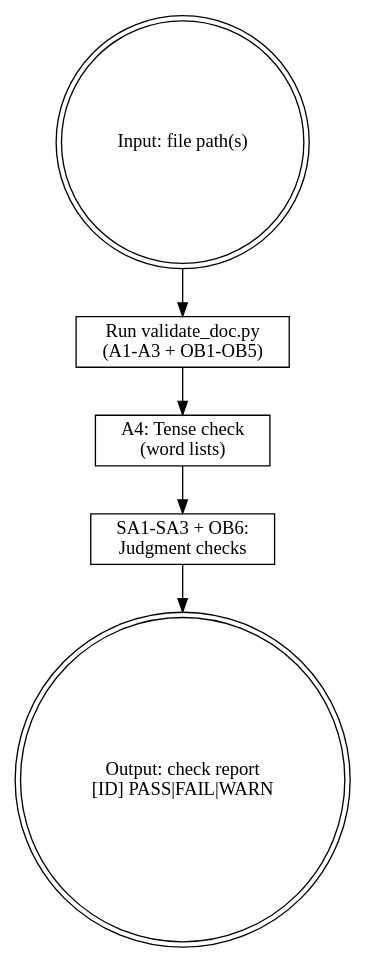
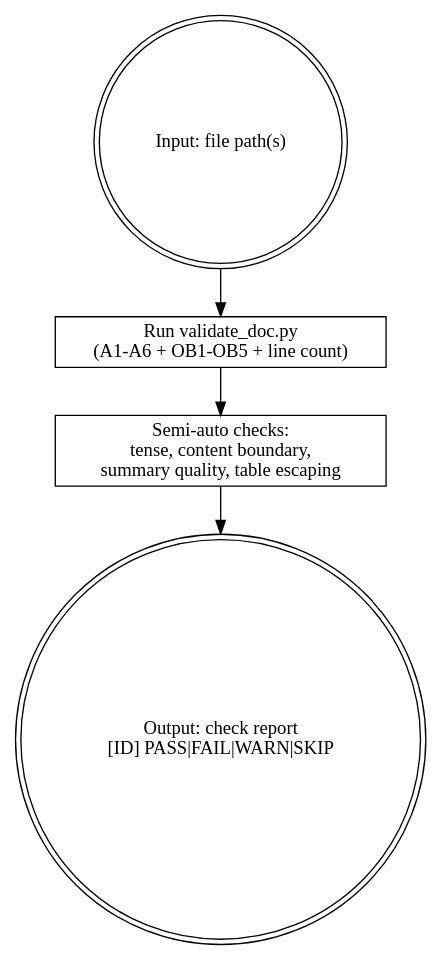
One commit to MJ-AgentLab/mj-agentlab-marketplace changed the diagram in plugins/mj-doc/skills/mj-doc-validate/SKILL.md. Above: the diagram before and after it, drawn with Graphviz. The commit also changed other lines of this file and 28 other files, not shown here.

````diff
--- a/plugins/mj-doc/skills/mj-doc-validate/SKILL.md
+++ b/plugins/mj-doc/skills/mj-doc-validate/SKILL.md
@@ -20,15 +27,13 @@
 ```dot
 digraph validate {
   rankdir=TB;
   input [label="Input: file path(s)" shape=doublecircle];
-  script [label="Run validate_doc.py\n(A1-A3 + OB1-OB5)" shape=box];
-  a4 [label="A4: Tense check\n(word lists)" shape=box];
-  sa [label="SA1-SA3 + OB6:\nJudgment checks" shape=box];
-  report [label="Output: check report\n[ID] PASS|FAIL|WARN" shape=doublecircle];
+  script [label="Run validate_doc.py\n(A1-A6 + OB1-OB5 + line count)" shape=box];
+  semi [label="Semi-auto checks:\ntense, content boundary,\nsummary quality, table escaping" shape=box];
+  report [label="Output: check report\n[ID] PASS|FAIL|WARN|SKIP" shape=doublecircle];
 
   input -> script;
-  script -> a4;
-  a4 -> sa;
-  sa -> report;
+  script -> semi;
+  semi -> report;
 }
 ```
````
